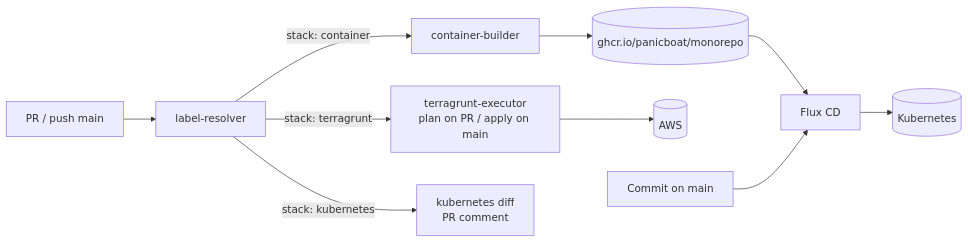
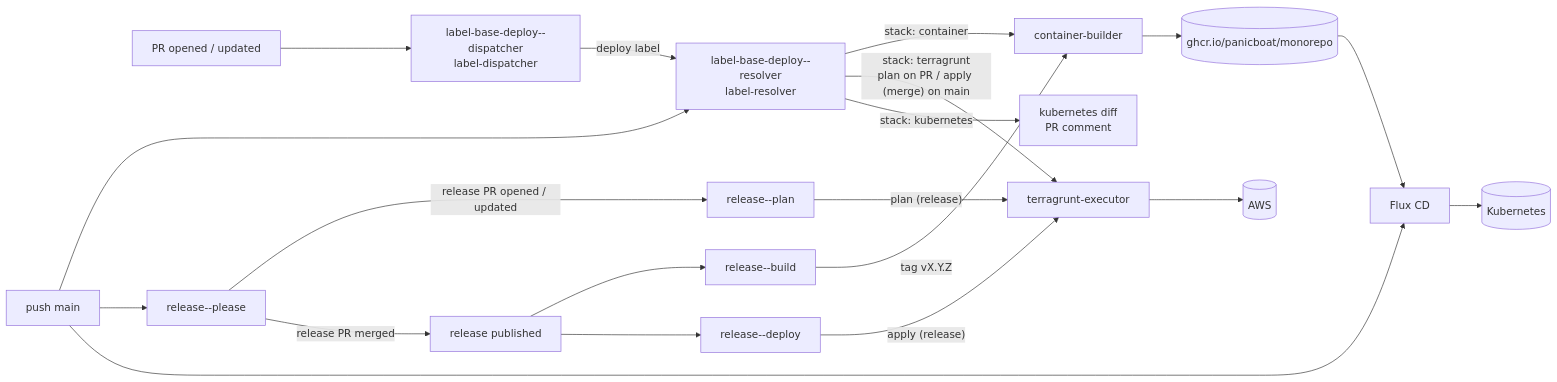
Before and after one commit to panicboat/monorepo: the second of 2 diagrams in README-ja.md, drawn with Mermaid. The commit also changed other lines of this file and 3 other files, not shown here.

````diff
--- a/README-ja.md
+++ b/README-ja.md
@@ -48,12 +48,22 @@
 ```mermaid
 flowchart LR
-  PR[PR / push main] --> Resolver[label-resolver]
+  PR[PR opened / updated] --> Dispatcher[label-base-deploy--dispatcher<br/>label-dispatcher]
+  Dispatcher -->|deploy label| Resolver[label-base-deploy--resolver<br/>label-resolver]
+  Main[push main] --> Resolver
+  Main --> Please[release--please]
+  Please -->|release PR opened / updated| Plan[release--plan]
+  Please -->|release PR merged| Published[release published]
+  Published --> Build[release--build]
+  Published --> Deploy[release--deploy]
   Resolver -->|stack: container| Builder[container-builder]
-  Resolver -->|stack: terragrunt| Terragrunt[terragrunt-executor<br/>plan on PR / apply on main]
+  Resolver -->|"stack: terragrunt<br/>plan on PR / apply (merge) on main"| Terragrunt[terragrunt-executor]
   Resolver -->|stack: kubernetes| Diff[kubernetes diff<br/>PR comment]
+  Plan -->|"plan (release)"| Terragrunt
+  Deploy -->|"apply (release)"| Terragrunt
+  Build -->|tag vX.Y.Z| Builder
   Builder --> GHCR[(ghcr.io/panicboat/monorepo)]
   Terragrunt --> AWS[(AWS)]
   GHCR --> Flux[Flux CD]
-  Main[Commit on main] --> Flux
+  Main --> Flux
   Flux --> K8s[(Kubernetes)]
 ```
````
